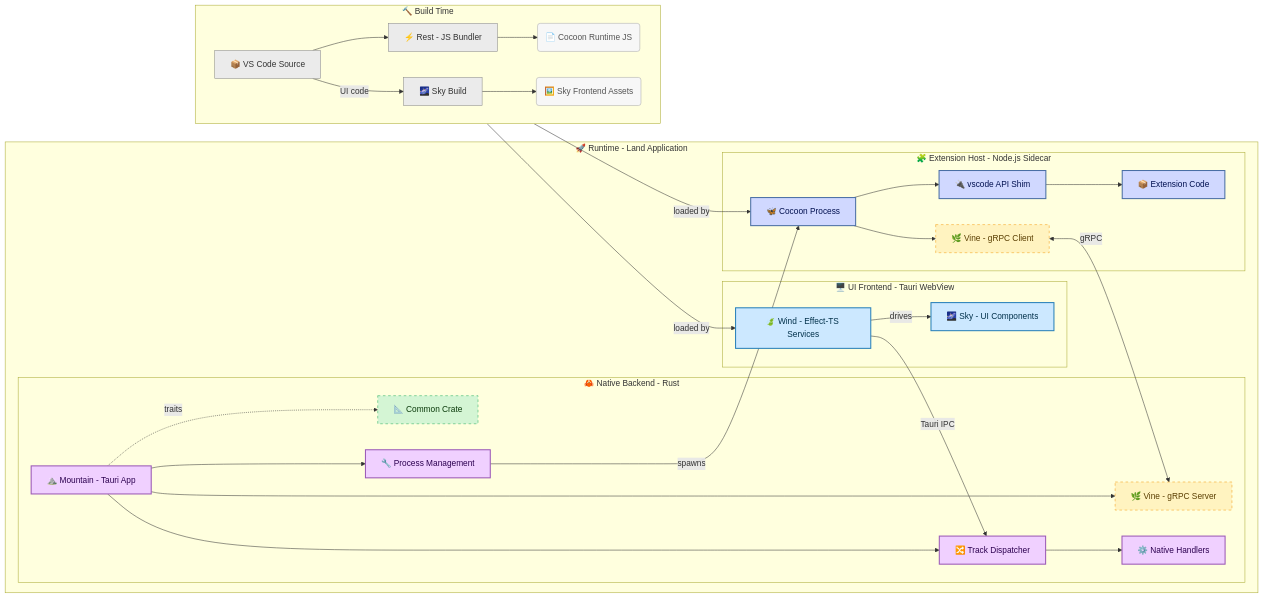
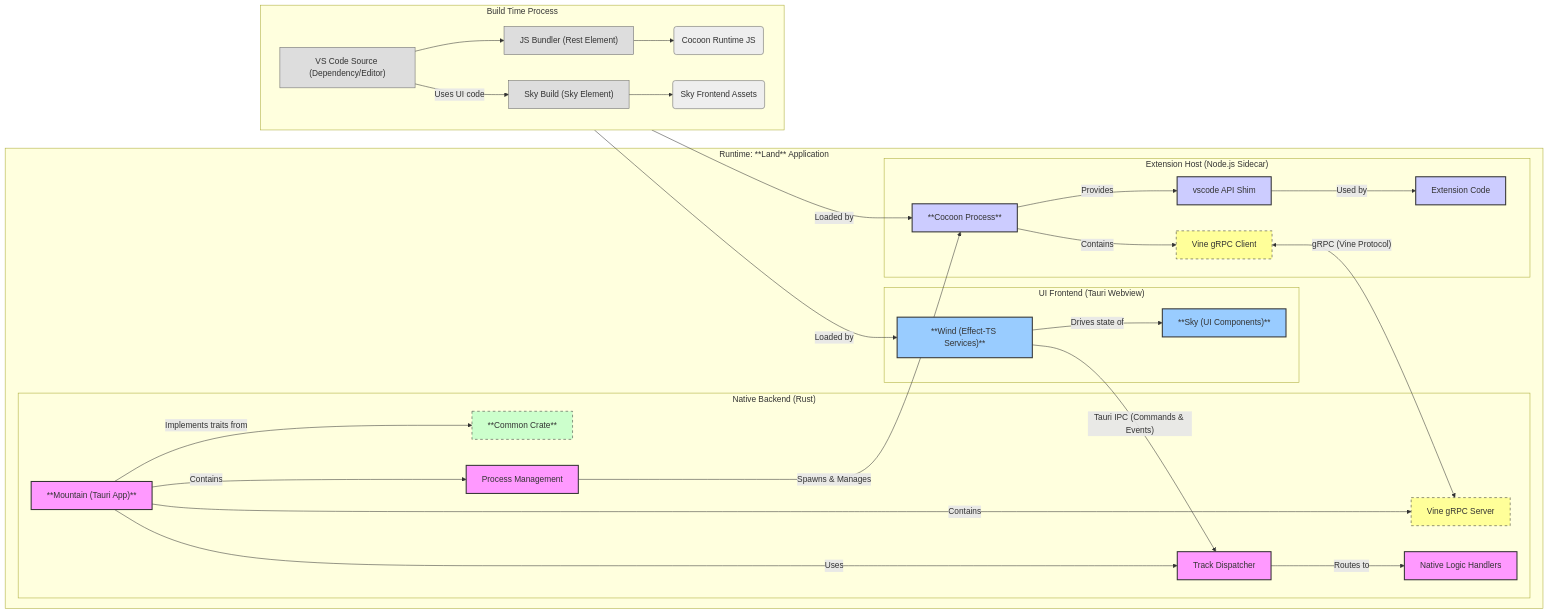
One commit to CodeEditorLand/Land changed the diagram in README.md. Above: the diagram before and after it, drawn with Mermaid. The commit also changed other lines of this file, not shown here.

````diff
--- a/README.md
+++ b/README.md
@@ -121,65 +231,67 @@
 ```mermaid
 graph LR
-    classDef mountain fill:#f0d0ff,stroke:#9b59b6,stroke-width:2px,color:#2c0050;
-    classDef cocoon   fill:#d0d8ff,stroke:#4a6fa5,stroke-width:2px,color:#001050;
-    classDef wind     fill:#cce8ff,stroke:#2980b9,stroke-width:2px,color:#00304a;
-    classDef common   fill:#d4f5d4,stroke:#27ae60,stroke-width:1px,stroke-dasharray:5 5,color:#0a3a0a;
-    classDef ipc      fill:#fff3c0,stroke:#f39c12,stroke-width:1px,stroke-dasharray:5 5,color:#5a3e00;
-    classDef build    fill:#ebebeb,stroke:#888,color:#333;
-    classDef data     fill:#f7f7f7,stroke:#aaa,color:#555;
+    classDef mountain fill:#f9f,stroke:#333,stroke-width:2px;
+    classDef cocoon fill:#ccf,stroke:#333,stroke-width:2px;
+    classDef wind fill:#9cf,stroke:#333,stroke-width:2px;
+    classDef common fill:#cfc,stroke:#333,stroke-width:1px,stroke-dasharray: 5 5;
+    classDef ipc fill:#ff9,stroke:#333,stroke-width:1px,stroke-dasharray: 5 5;
+    classDef build fill:#ddd,stroke:#666;
+    classDef data fill:#eee,stroke:#666;
 
-    subgraph "🔨 Build Time"
+    subgraph "Build Time Process"
         direction LR
-        VSCodeSource["📦 VS Code Source"]:::build
-        RestBuild["⚡ Rest - JS Bundler"]:::build
-        CocoonBundleJS("📄 Cocoon Runtime JS"):::data
-        SkyBuildProcess["🌌 Sky Build"]:::build
-        SkyAssets("🖼️ Sky Frontend Assets"):::data
+        VSCodeSource["VS Code Source (Dependency/Editor)"]:::build
+        RestBuild["JS Bundler (Rest Element)"]:::build
+        CocoonBundleJS(Cocoon Runtime JS):::data
+        SkyBuildProcess["Sky Build (Sky Element)"]:::build
+        SkyAssets(Sky Frontend Assets):::data
 
-        VSCodeSource --> RestBuild
-        VSCodeSource -- UI code --> SkyBuildProcess
-        RestBuild --> CocoonBundleJS
-        SkyBuildProcess --> SkyAssets
+        VSCodeSource --> RestBuild;
+        VSCodeSource -- Uses UI code --> SkyBuildProcess;
+        RestBuild --> CocoonBundleJS;
+        SkyBuildProcess --> SkyAssets;
     end
 
-    subgraph "🚀 Runtime - Land Application"
-        subgraph "🦀 Native Backend - Rust"
-            Mountain["⛰️ Mountain - Tauri App"]:::mountain
-            CommonCrate["📐 Common Crate"]:::common
-            TrackDispatcher["🔀 Track Dispatcher"]:::mountain
-            VineGRPCServer["🌿 Vine - gRPC Server"]:::ipc
-            NativeHandlers["⚙️ Native Handlers"]:::mountain
-            ProcessMgmt["🔧 Process Management"]:::mountain
+    subgraph "Runtime: **Land** Application"
+        subgraph "Native Backend (Rust)"
+            Mountain["**Mountain (Tauri App)**"]:::mountain
+            CommonCrate[**Common Crate**]:::common
+            TrackDispatcher[Track Dispatcher]:::mountain
+            VineGRPCServer[Vine gRPC Server]:::mountain
+            NativeHandlers["Native Logic Handlers"]:::mountain
+            ProcessMgmt["Process Management"]:::mountain
 
-            Mountain --> TrackDispatcher
-            TrackDispatcher --> NativeHandlers
-            Mountain -. traits .-> CommonCrate
-            Mountain --> VineGRPCServer
-            Mountain --> ProcessMgmt
+            Mountain -- Uses --> TrackDispatcher
+            TrackDispatcher -- Routes to --> NativeHandlers
+            Mountain -- Implements traits from --> CommonCrate
+            Mountain -- Contains --> VineGRPCServer
+            Mountain -- Contains --> ProcessMgmt
         end
 
-        subgraph "🖥️ UI Frontend - Tauri WebView"
-            WindServices["🍃 Wind - Effect-TS Services"]:::wind
-            SkyUI["🌌 Sky - UI Components"]:::wind
-            WindServices -- drives --> SkyUI
+        subgraph "UI Frontend (Tauri Webview)"
+            WindServices["**Wind (Effect-TS Services)**"]:::wind
+            SkyUI["**Sky (UI Components)**"]:::wind
+            WindServices -- Drives state of --> SkyUI
         end
 
-        subgraph "🧩 Extension Host - Node.js Sidecar"
-            Cocoon["🦋 Cocoon Process"]:::cocoon
-            VineGRPCClient["🌿 Vine - gRPC Client"]:::ipc
-            VSCodeAPI["🔌 vscode API Shim"]:::cocoon
-            Extension["📦 Extension Code"]:::cocoon
+        subgraph "Extension Host (Node.js Sidecar)"
+            Cocoon[**Cocoon Process**]:::cocoon
+            VineGRPCClient[Vine gRPC Client]:::cocoon
+            VSCodeAPI[vscode API Shim]:::cocoon
+            Extension["Extension Code"]:::cocoon
 
-            Cocoon --> VineGRPCClient
-            Cocoon --> VSCodeAPI
-            VSCodeAPI --> Extension
+            Cocoon -- Contains --> VineGRPCClient
+            Cocoon -- Provides --> VSCodeAPI
+            VSCodeAPI -- Used by --> Extension
         end
 
-        ProcessMgmt -- spawns --> Cocoon
-        WindServices -- Tauri IPC --> TrackDispatcher
-        VineGRPCClient <-- gRPC --> VineGRPCServer
+        ProcessMgmt -- Spawns & Manages --> Cocoon
+
+        WindServices -- Tauri IPC (Commands & Events) --> TrackDispatcher
+        VineGRPCClient -- gRPC (Vine Protocol) <--> VineGRPCServer; class VineGRPCClient,VineGRPCServer ipc;
+
     end
 
-    CocoonBundleJS -- loaded by --> Cocoon
-    SkyAssets -- loaded by --> WindServices
+    CocoonBundleJS -- Loaded by --> Cocoon;
+    SkyAssets -- Loaded by --> WindServices;
 ```
````
